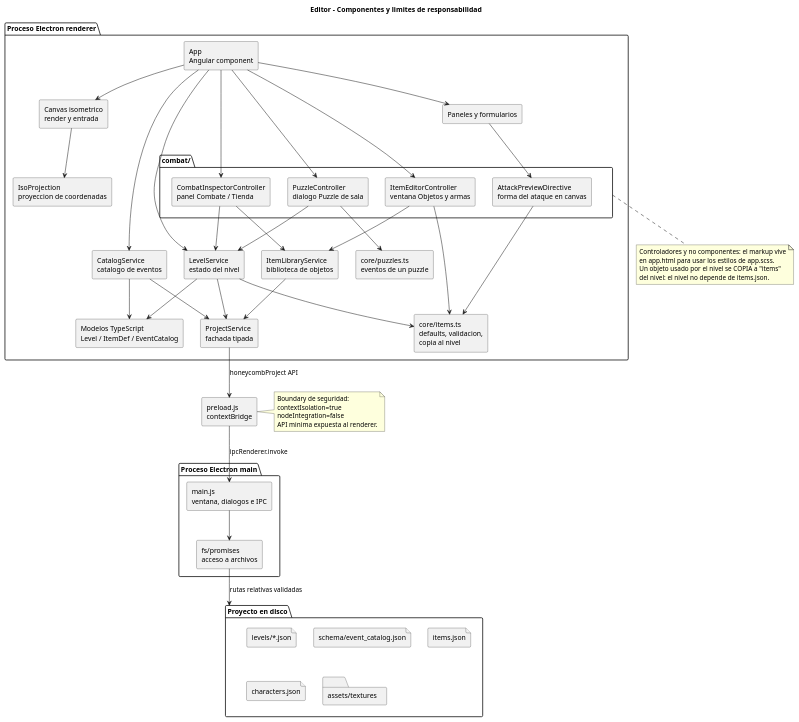
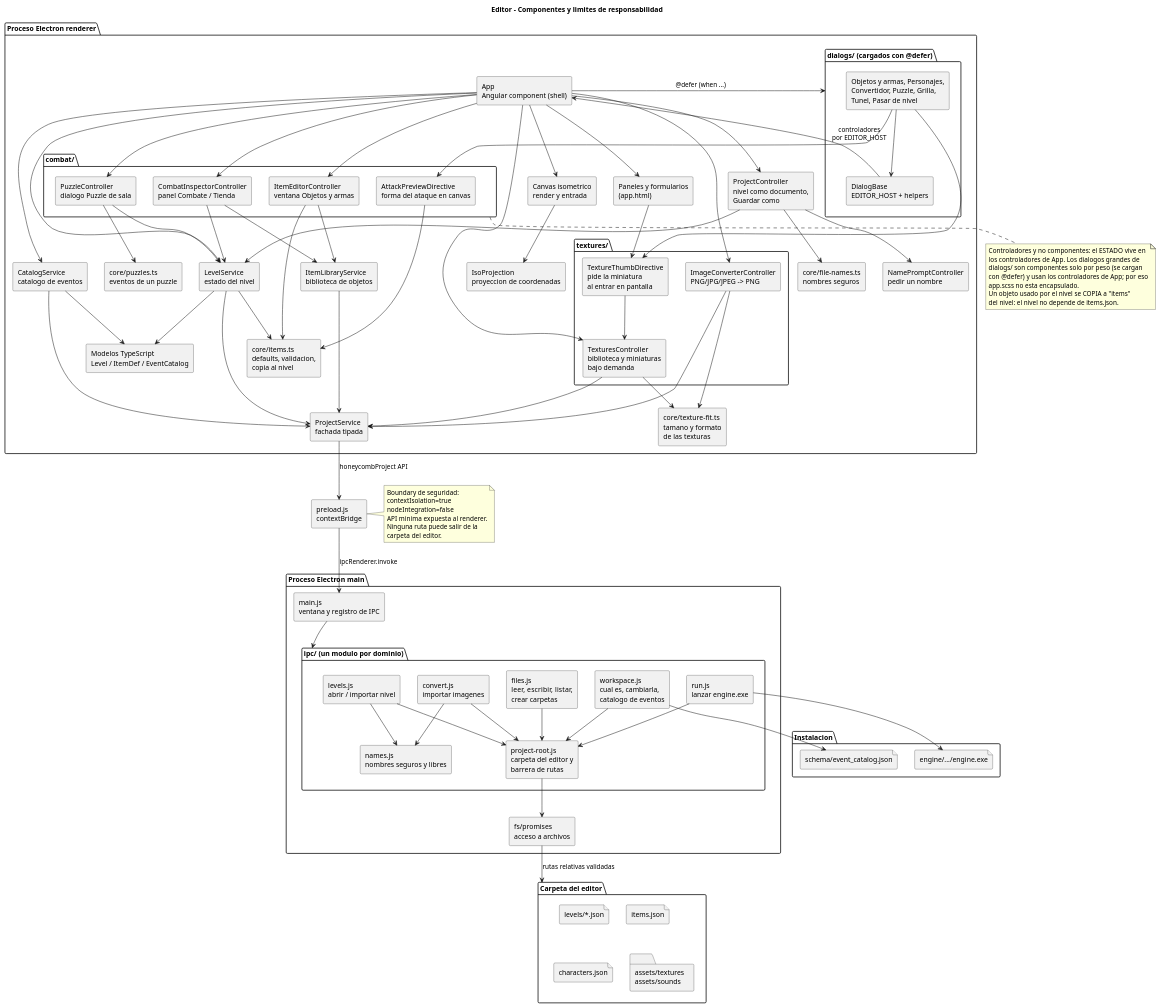
The diagram in docs/architecture/editor-components.puml (dannn-36/HoneyCombEngine-PlataformaNoCode-2.5D), drawn with PlantUML before and after one commit. The commit also changed 59 other files, not shown here.

First line of the commit message:
Refactorizar el espacio de trabajo del editor y la canalización de recursos

```diff
--- a/docs/architecture/editor-components.puml
+++ b/docs/architecture/editor-components.puml
@@ -1,80 +1,137 @@
 @startuml editor-components
 title Editor - Componentes y limites de responsabilidad
 top to bottom direction
 skinparam componentStyle rectangle
 
 package "Proceso Electron renderer" as renderer {
-  component "App\nAngular component" as app
+  component "App\nAngular component (shell)" as app
   component "Canvas isometrico\nrender y entrada" as canvas
-  component "Paneles y formularios" as panels
+  component "Paneles y formularios\n(app.html)" as panels
+  package "dialogs/ (cargados con @defer)" as dialogs {
+    component "DialogBase\nEDITOR_HOST + helpers" as dialogBase
+    component "Objetos y armas, Personajes,\nConvertidor, Puzzle, Grilla,\nTunel, Pasar de nivel" as dialogViews
+  }
   package "combat/" as combat {
     component "ItemEditorController\nventana Objetos y armas" as itemEditor
     component "CombatInspectorController\npanel Combate / Tienda" as combatInspector
     component "PuzzleController\ndialogo Puzzle de sala" as puzzle
     component "AttackPreviewDirective\nforma del ataque en canvas" as attackPreview
   }
+  package "textures/" as textures {
+    component "TexturesController\nbiblioteca y miniaturas\nbajo demanda" as texLib
+    component "TextureThumbDirective\npide la miniatura\nal entrar en pantalla" as thumb
+    component "ImageConverterController\nPNG/JPG/JPEG -> PNG" as converter
+  }
+  component "ProjectController\nnivel como documento,\nGuardar como" as projectCtl
+  component "NamePromptController\npedir un nombre" as namePrompt
   component "core/items.ts\ndefaults, validacion,\ncopia al nivel" as itemsCore
   component "core/puzzles.ts\neventos de un puzzle" as puzzlesCore
+  component "core/texture-fit.ts\ntamano y formato\nde las texturas" as textureFit
+  component "core/file-names.ts\nnombres seguros" as fileNames
   component "LevelService\nestado del nivel" as levelService
   component "CatalogService\ncatalogo de eventos" as catalogService
   component "ItemLibraryService\nbiblioteca de objetos" as itemLibrary
   component "ProjectService\nfachada tipada" as projectService
   component "IsoProjection\nproyeccion de coordenadas" as projection
   component "Modelos TypeScript\nLevel / ItemDef / EventCatalog" as models
 }
 
+component "preload.js\ncontextBridge" as preload
+
 package "Proceso Electron main" as mainProcess {
-  component "main.js\nventana, dialogos e IPC" as main
+  component "main.js\nventana y registro de IPC" as main
+  package "ipc/ (un modulo por dominio)" as ipc {
+    component "project-root.js\ncarpeta del editor y\nbarrera de rutas" as root
+    component "workspace.js\ncual es, cambiarla,\ncatalogo de eventos" as workspace
+    component "levels.js\nabrir / importar nivel" as levelsIpc
+    component "files.js\nleer, escribir, listar,\ncrear carpetas" as filesIpc
+    component "convert.js\nimportar imagenes" as convertIpc
+    component "run.js\nlanzar engine.exe" as runIpc
+    component "names.js\nnombres seguros y libres" as names
+  }
   component "fs/promises\nacceso a archivos" as fs
 }
 
-component "preload.js\ncontextBridge" as preload
-folder "Proyecto en disco" as disk {
+folder "Carpeta del editor" as disk {
   file "levels/*.json" as levelFiles
-  file "schema/event_catalog.json" as eventFile
   file "items.json" as itemsFile
   file "characters.json" as charactersFile
-  folder "assets/textures" as textureFiles
+  folder "assets/textures\nassets/sounds" as textureFiles
+}
+folder "Instalacion" as install {
+  file "schema/event_catalog.json" as eventFile
+  file "engine/.../engine.exe" as engineExe
 }
 
 app --> canvas
 app --> panels
+app --> dialogs : @defer (when ...)
+dialogViews --> dialogBase
+dialogBase --> app : controladores\npor EDITOR_HOST
 app --> itemEditor
 app --> combatInspector
 app --> puzzle
-panels --> attackPreview
+app --> projectCtl
+app --> converter
+app --> texLib
+dialogViews --> attackPreview
+panels --> thumb
+dialogViews --> thumb
+thumb --> texLib
+texLib --> textureFit
+converter --> textureFit
+projectCtl --> namePrompt
+projectCtl --> fileNames
+projectCtl --> levelService
 app --> levelService
 app --> catalogService
 itemEditor --> itemLibrary
 itemEditor --> itemsCore
 combatInspector --> levelService
 combatInspector --> itemLibrary
 puzzle --> puzzlesCore
 puzzle --> levelService
 attackPreview --> itemsCore
 canvas --> projection
 levelService --> models
 levelService --> itemsCore
 catalogService --> models
 itemLibrary --> projectService
 levelService --> projectService
 catalogService --> projectService
+texLib --> projectService
+converter --> projectService
 projectService --> preload : honeycombProject API
 preload --> main : ipcRenderer.invoke
-main --> fs
+main --> ipc
+workspace --> root
+levelsIpc --> root
+levelsIpc --> names
+filesIpc --> root
+convertIpc --> root
+convertIpc --> names
+runIpc --> root
+root --> fs
 fs --> disk : rutas relativas validadas
+workspace --> eventFile
+runIpc --> engineExe
 
 note right of preload
 Boundary de seguridad:
 contextIsolation=true
 nodeIntegration=false
 API minima expuesta al renderer.
+Ninguna ruta puede salir de la
+carpeta del editor.
 end note
 
 note bottom of combat
-Controladores y no componentes: el markup vive
-en app.html para usar los estilos de app.scss.
+Controladores y no componentes: el ESTADO vive en
+los controladores de App. Los dialogos grandes de
+dialogs/ son componentes solo por peso (se cargan
+con @defer) y usan los controladores de App; por eso
+app.scss no esta encapsulado.
 Un objeto usado por el nivel se COPIA a "items"
 del nivel: el nivel no depende de items.json.
 end note
 @enduml
```
